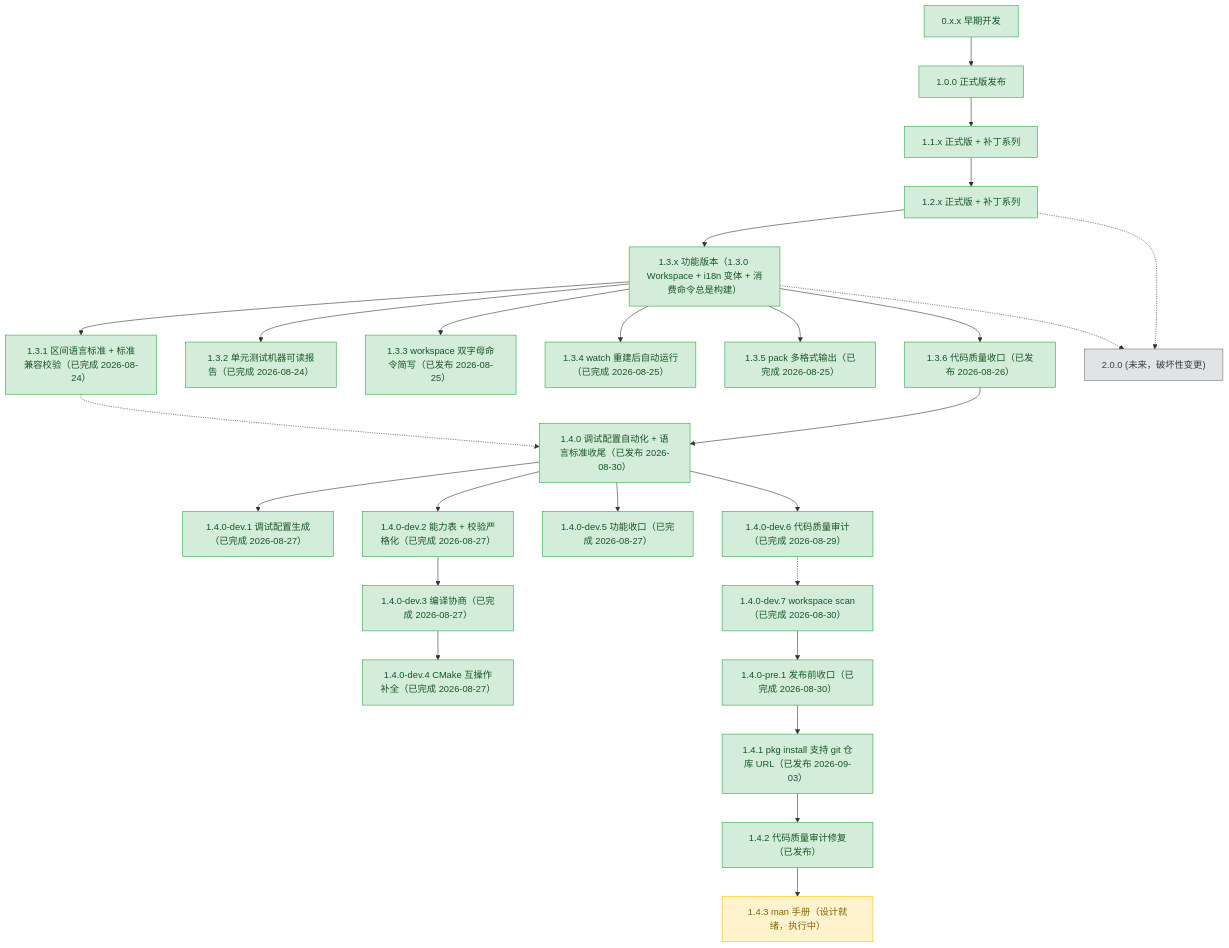
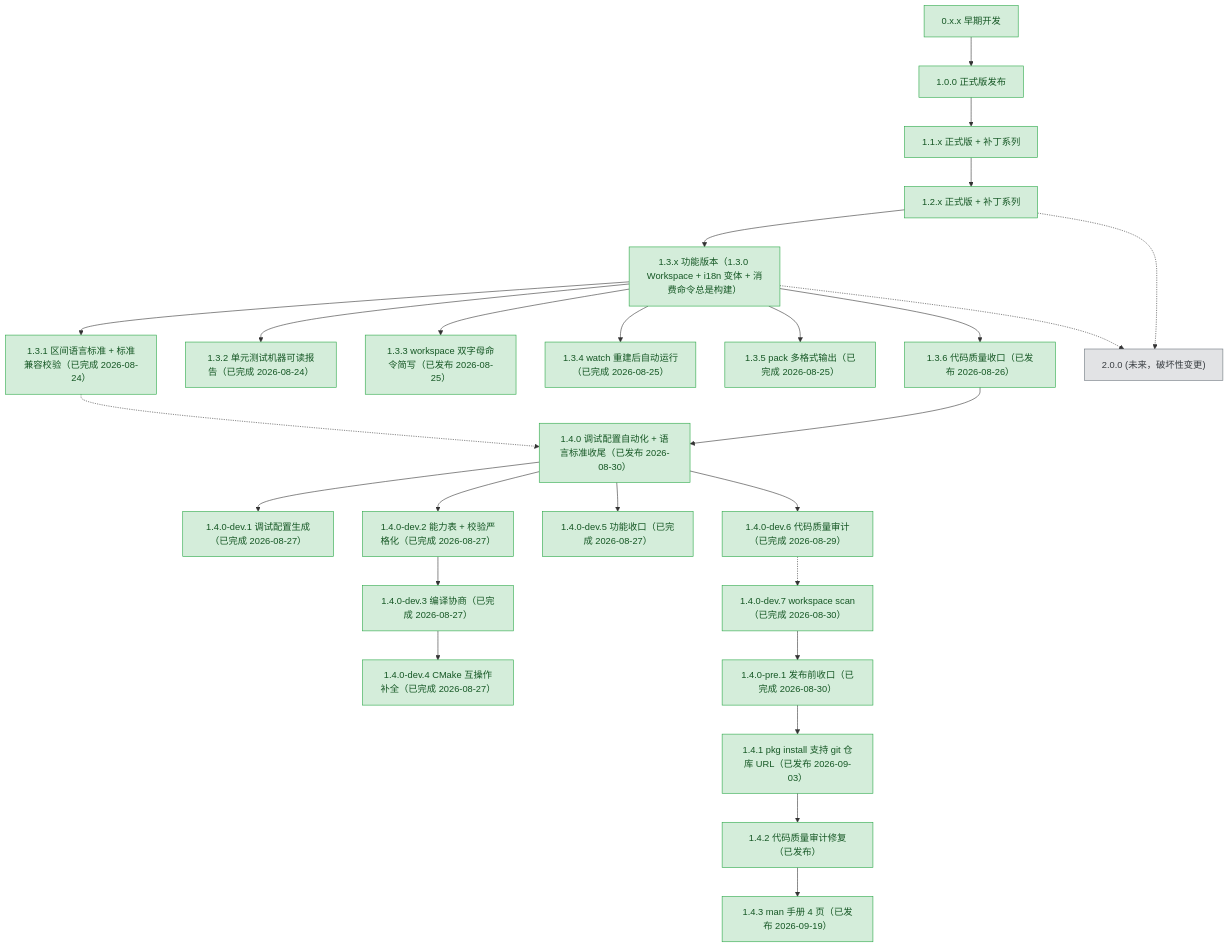
Before and after one commit to 3667808244/EazyMake: the diagram in plans/README.md, drawn with Mermaid. The commit also changed other lines of this file and 10 other files, not shown here.

````diff
--- a/plans/README.md
+++ b/plans/README.md
@@ -70,81 +70,81 @@
 ```mermaid
 graph TD
     v0xx["0.x.x 早期开发"]
     v100["1.0.0 正式版发布"]
     v11x["1.1.x 正式版 + 补丁系列"]
     v12x["1.2.x 正式版 + 补丁系列"]
     v13x["1.3.x 功能版本（1.3.0 Workspace + i18n 变体 + 消费命令总是构建）"]
     v131["1.3.1 区间语言标准 + 标准兼容校验（已完成 2026-08-24）"]
     v132["1.3.2 单元测试机器可读报告（已完成 2026-08-24）"]
     v133["1.3.3 workspace 双字母命令简写（已发布 2026-08-25）"]
     v134["1.3.4 watch 重建后自动运行（已完成 2026-08-25）"]
     v135["1.3.5 pack 多格式输出（已完成 2026-08-25）"]
     v136["1.3.6 代码质量收口（已发布 2026-08-26）"]
     v140["1.4.0 调试配置自动化 + 语言标准收尾（已发布 2026-08-30）"]
     v141["1.4.0-dev.1 调试配置生成（已完成 2026-08-27）"]
     v142["1.4.0-dev.2 能力表 + 校验严格化（已完成 2026-08-27）"]
     v143["1.4.0-dev.3 编译协商（已完成 2026-08-27）"]
     v144["1.4.0-dev.4 CMake 互操作补全（已完成 2026-08-27）"]
     v145["1.4.0-dev.5 功能收口（已完成 2026-08-27）"]
     v146["1.4.0-dev.6 代码质量审计（已完成 2026-08-29）"]
     v147["1.4.0-dev.7 workspace scan（已完成 2026-08-30）"]
     v148["1.4.0-pre.1 发布前收口（已完成 2026-08-30）"]
     v141p["1.4.1 pkg install 支持 git 仓库 URL（已发布 2026-09-03）"]
     v142p["1.4.2 代码质量审计修复（已发布）"]
-    v143p["1.4.3 man 手册（设计就绪，执行中）"]
+    v143p["1.4.3 man 手册 4 页（已发布 2026-09-19）"]
     v200["2.0.0 (未来，破坏性变更)"]
 
     v0xx --> v100
     v100 --> v11x
     v11x --> v12x
     v12x --> v13x
     v13x --> v131
     v13x --> v132
     v13x --> v133
     v13x --> v134
     v13x --> v135
     v13x --> v136
     v136 --> v140
     v140 --> v141
     v140 --> v142
     v142 --> v143
     v143 --> v144
     v140 --> v145
     v140 --> v146
     v146 -.-> v147
     v147 --> v148
     v148 --> v141p
     v141p --> v142p
     v142p --> v143p
     v131 -.-> v140
     v12x -.-> v200
     v13x -.-> v200
 
     classDef done fill:#d4edda,stroke:#28a745,color:#155724;
     classDef active fill:#fff3cd,stroke:#ffc107,color:#856404;
     classDef todo fill:#e2e3e5,stroke:#6c757d,color:#383d41;
 
     class v0xx,v100 done;
     class v11x done;
     class v12x done;
     class v13x done;
     class v131 done;
     class v132 done;
     class v133 done;
     class v134 done;
     class v135 done;
     class v136 done;
     class v140 done;
     class v141 done;
     class v142 done;
     class v143 done;
     class v144 done;
     class v145 done;
     class v146 done;
     class v147 done;
     class v148 done;
     class v141p done;
     class v142p done;
-    class v143p active;
+    class v143p done;
     class v200 todo;
 ```
````
